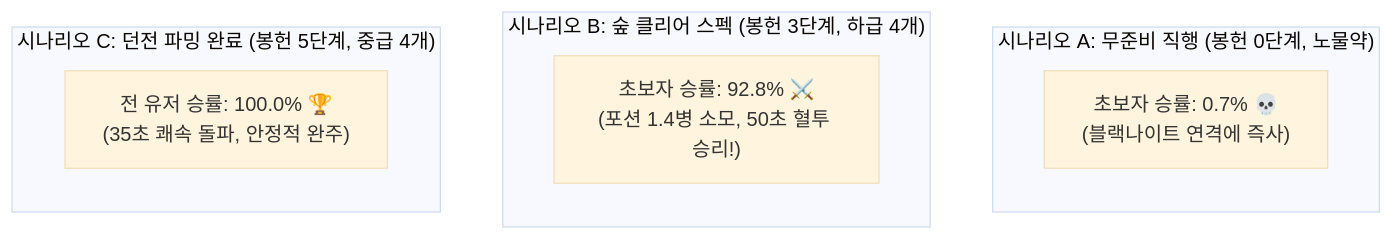
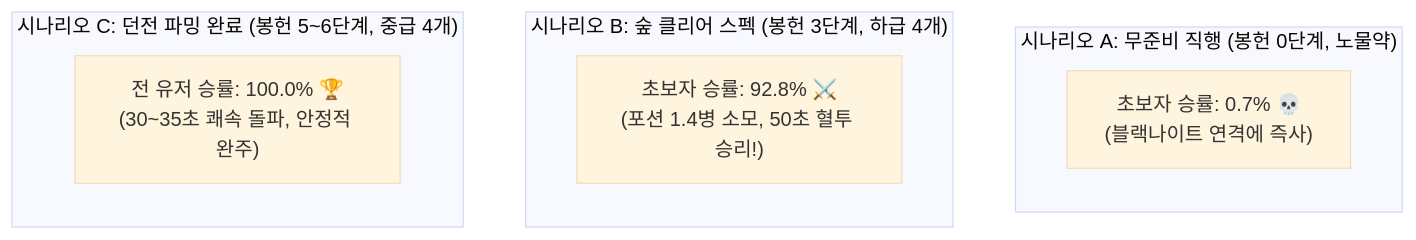
Before and after one commit to yhgamestudent/ShardsOfVeyara: the third of 4 diagrams in Docs/DUNGEON_MAP_BALANCE_REPORT.md, drawn with Mermaid (base theme). The commit also changed other lines of this file and 14 other files, not shown here.

````diff
--- a/Docs/DUNGEON_MAP_BALANCE_REPORT.md
+++ b/Docs/DUNGEON_MAP_BALANCE_REPORT.md
@@ -109,12 +109,12 @@
 ```mermaid
 graph TD
     subgraph S1["시나리오 A: 무준비 직행 (봉헌 0단계, 노물약)"]
         S1A["초보자 승률: 0.7% 💀<br/>(블랙나이트 연격에 즉사)"]
     end
     subgraph S2["시나리오 B: 숲 클리어 스펙 (봉헌 3단계, 하급 4개)"]
         S2A["초보자 승률: 92.8% ⚔️<br/>(포션 1.4병 소모, 50초 혈투 승리!)"]
     end
-    subgraph S3["시나리오 C: 던전 파밍 완료 (봉헌 5단계, 중급 4개)"]
-        S3A["전 유저 승률: 100.0% 🏆<br/>(35초 쾌속 돌파, 안정적 완주)"]
+    subgraph S3["시나리오 C: 던전 파밍 완료 (봉헌 5~6단계, 중급 4개)"]
+        S3A["전 유저 승률: 100.0% 🏆<br/>(30~35초 쾌속 돌파, 안정적 완주)"]
     end
 ```
````
